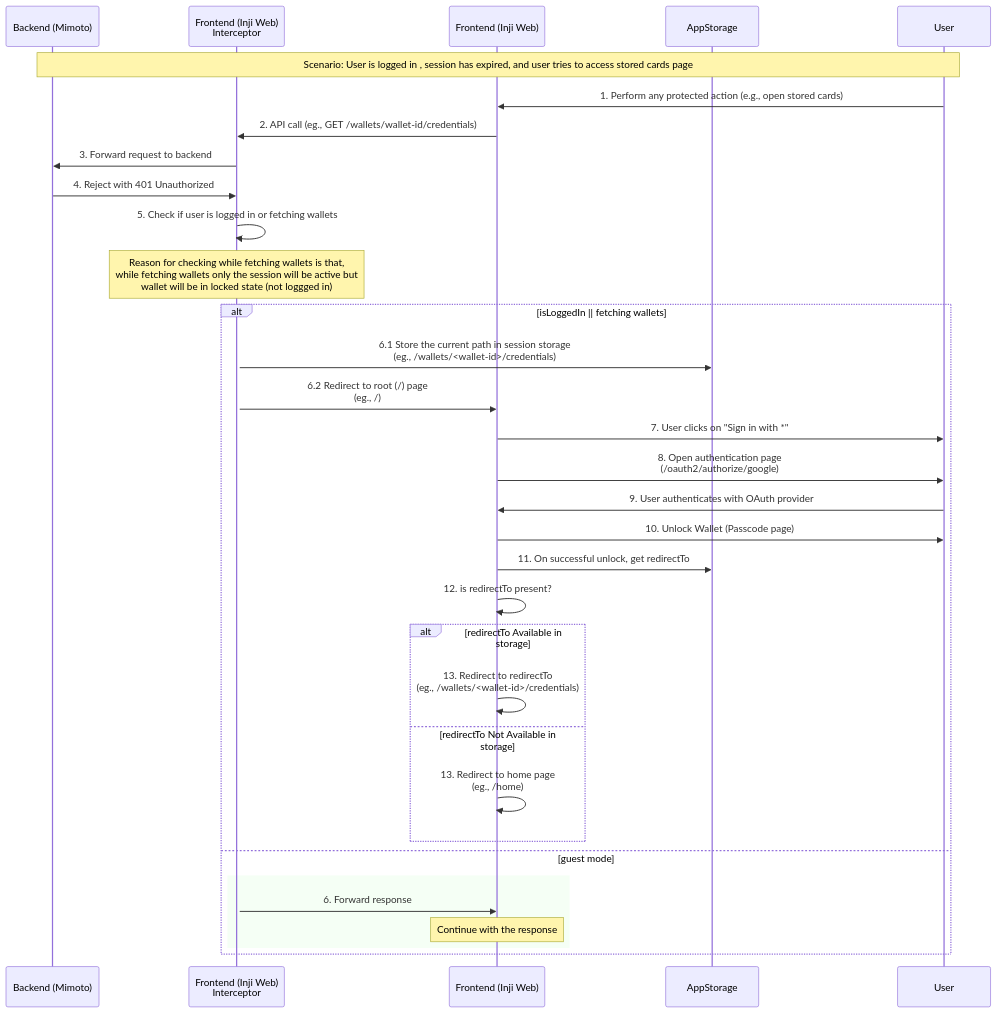
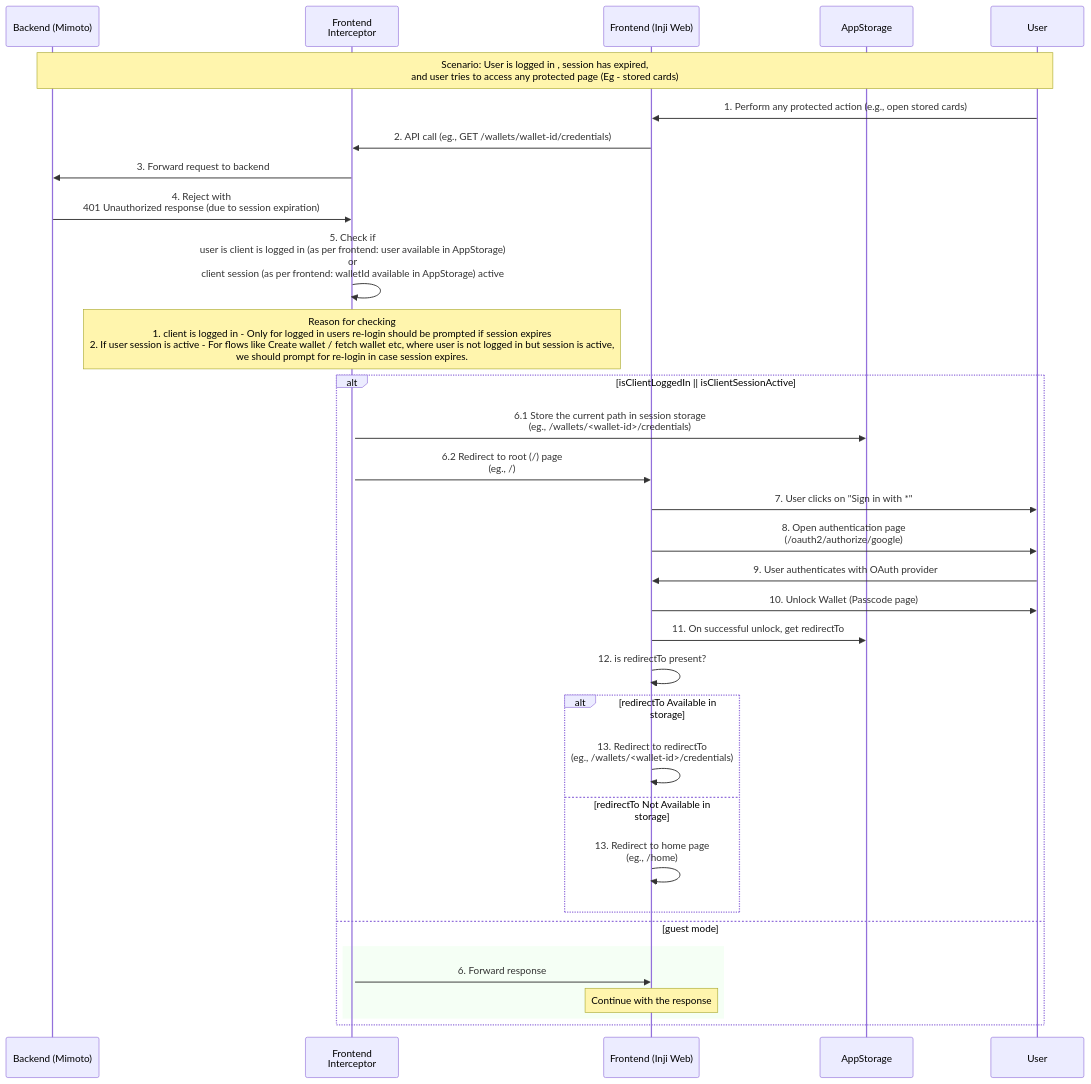
Before and after one commit to mosip/inji-web: the diagram in docs/SessionExpirationHandling.md, drawn with Mermaid. The commit also changed other lines of this file, not shown here.

Commit message:
[INJIWEB-1563] docs: update docs for session expiry handling

````diff
--- a/docs/SessionExpirationHandling.md
+++ b/docs/SessionExpirationHandling.md
@@ -65,39 +32,39 @@
 ```mermaid
 
 sequenceDiagram
     participant be as Backend (Mimoto)
-    participant interceptor as Frontend (Inji Web)<br/> Interceptor
+    participant interceptor as Frontend<br/> Interceptor
     participant fe as Frontend (Inji Web)
     participant AppStorage
     participant user as User
     
-    note over be, user: Scenario: User is logged in , session has expired, and user tries to access stored cards page
+    note over be, user: Scenario: User is logged in , session has expired,<br/> and user tries to access any protected page (Eg - stored cards)
     
     user ->> fe: 1. Perform any protected action (e.g., open stored cards)
     fe ->> interceptor: 2. API call (eg., GET /wallets/wallet-id/credentials)
     interceptor ->> be: 3. Forward request to backend
-    be ->> interceptor: 4. Reject with 401 Unauthorized
-    interceptor ->> interceptor: 5. Check if user is logged in or fetching wallets
-    note over interceptor: Reason for checking while fetching wallets is that,<br/>while fetching wallets only the session will be active but<br/>wallet will be in locked state (not loggged in)
-    alt isLoggedIn || fetching wallets
+    be ->> interceptor: 4. Reject with <br/> 401 Unauthorized response (due to session expiration)
+    interceptor ->> interceptor: 5. Check if <br/>user is client is logged in (as per frontend: user available in AppStorage)<br/> or <br/>client session (as per frontend: walletId available in AppStorage) active
+    note over interceptor: Reason for checking<br/>1. client is logged in - Only for logged in users re-login should be prompted if session expires<br/>2. If user session is active - For flows like Create wallet / fetch wallet etc, where user is not logged in but session is active, <br/>we should prompt for re-login in case session expires.
+    alt isClientLoggedIn || isClientSessionActive
         activate interceptor
         interceptor ->> AppStorage: 6.1 Store the current path in session storage <br/> (eg., /wallets/<wallet-id>/credentials)
         interceptor ->> fe: 6.2 Redirect to root (/) page <br/> (eg., /)
         fe ->> user: 7. User clicks on "Sign in with *"
         fe ->> user: 8. Open authentication page <br/> (/oauth2/authorize/google)
         user ->> fe: 9. User authenticates with OAuth provider
         fe ->> user: 10. Unlock Wallet (Passcode page)
         fe ->> AppStorage: 11. On successful unlock, get redirectTo
         fe ->> fe: 12. is redirectTo present?
         alt redirectTo Available in storage 
             fe ->> fe: 13. Redirect to redirectTo <br/> (eg., /wallets/<wallet-id>/credentials)
         else redirectTo Not Available in storage
             fe ->> fe: 13. Redirect to home page <br/> (eg., /home)
         end
     else guest mode
         rect rgb(230, 255, 230, 0.4)
             interceptor ->> fe: 6. Forward response
             note over fe: Continue with the response
         end
     end
 ```
````
